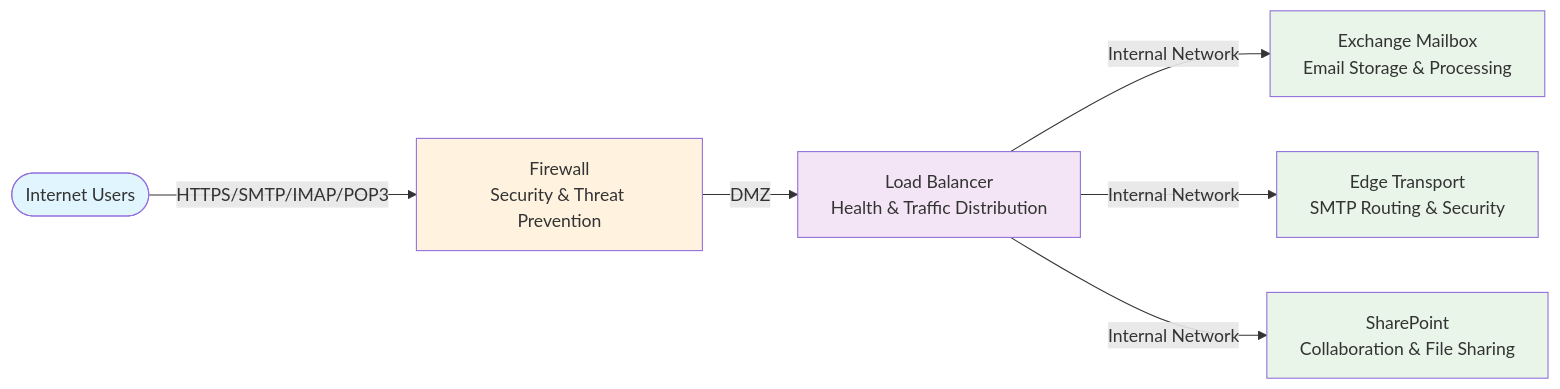
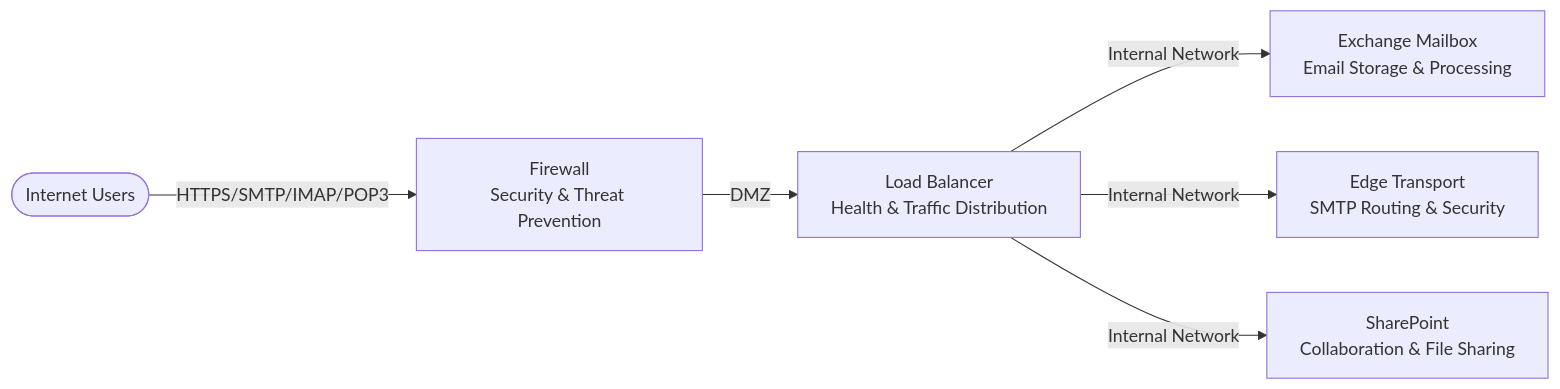
Before and after one commit to Azure/AzureLocal-Supportability: the diagram in TSG/Networking/M365/M365_Network_Design_Overview.md, drawn with Mermaid.

Commit message:
use stndard color to fit contrast

````diff
--- a/TSG/Networking/M365/M365_Network_Design_Overview.md
+++ b/TSG/Networking/M365/M365_Network_Design_Overview.md
@@ -14,22 +14,15 @@
 ```mermaid
 flowchart LR
     Internet([Internet Users])
     Firewall[Firewall<br/>Security & Threat Prevention]
     LoadBalancer[Load Balancer<br/>Health & Traffic Distribution]
     Exchange[Exchange Mailbox<br/>Email Storage & Processing]
     EdgeTransport[Edge Transport<br/>SMTP Routing & Security]
     SharePoint[SharePoint<br/>Collaboration & File Sharing]
     
     Internet -->|HTTPS/SMTP/IMAP/POP3| Firewall
     Firewall -->|DMZ| LoadBalancer
     LoadBalancer -->|Internal Network| Exchange
     LoadBalancer -->|Internal Network| EdgeTransport
     LoadBalancer -->|Internal Network| SharePoint
-    
-    style Internet fill:#e1f5fe
-    style Firewall fill:#fff3e0
-    style LoadBalancer fill:#f3e5f5
-    style Exchange fill:#e8f5e8
-    style EdgeTransport fill:#e8f5e8
-    style SharePoint fill:#e8f5e8
 ```
````
